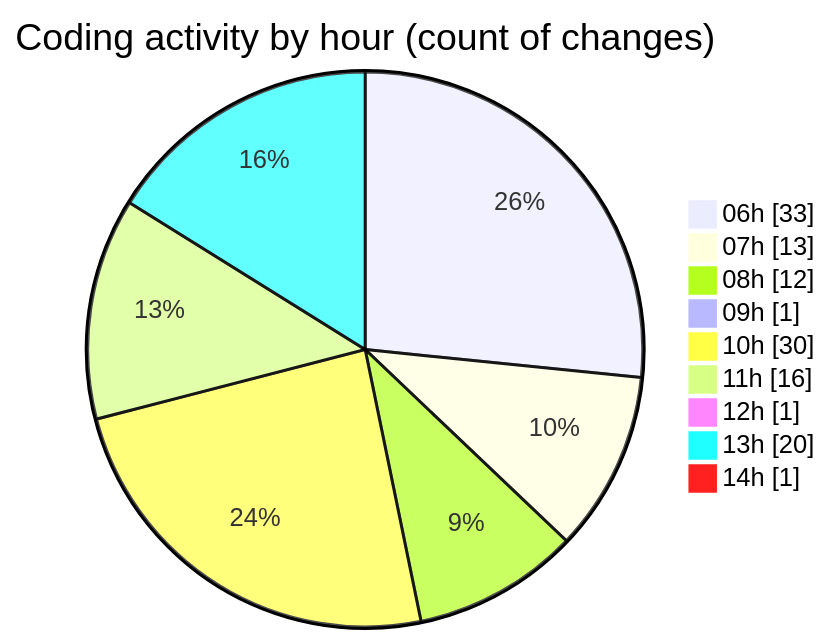
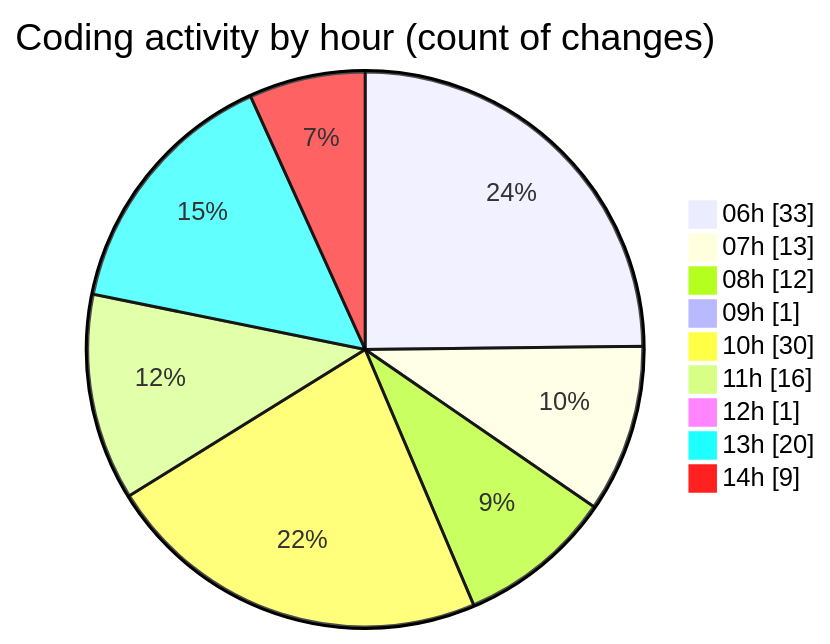
The second of 2 diagrams in 2025-02-21/micros/README.md (charlie-sans/code-tracking), drawn with Mermaid before and after one commit. The commit also changed other lines of this file and 1 other file, not shown here.

````diff
--- a/2025-02-21/micros/README.md
+++ b/2025-02-21/micros/README.md
@@ -89,13 +92,13 @@
 ```mermaid
 pie showData
 title Coding activity by hour (count of changes)
 "06h" : 33
 "07h" : 13
 "08h" : 12
 "09h" : 1
 "10h" : 30
 "11h" : 16
 "12h" : 1
 "13h" : 20
-"14h" : 1
+"14h" : 9
 ```
````
